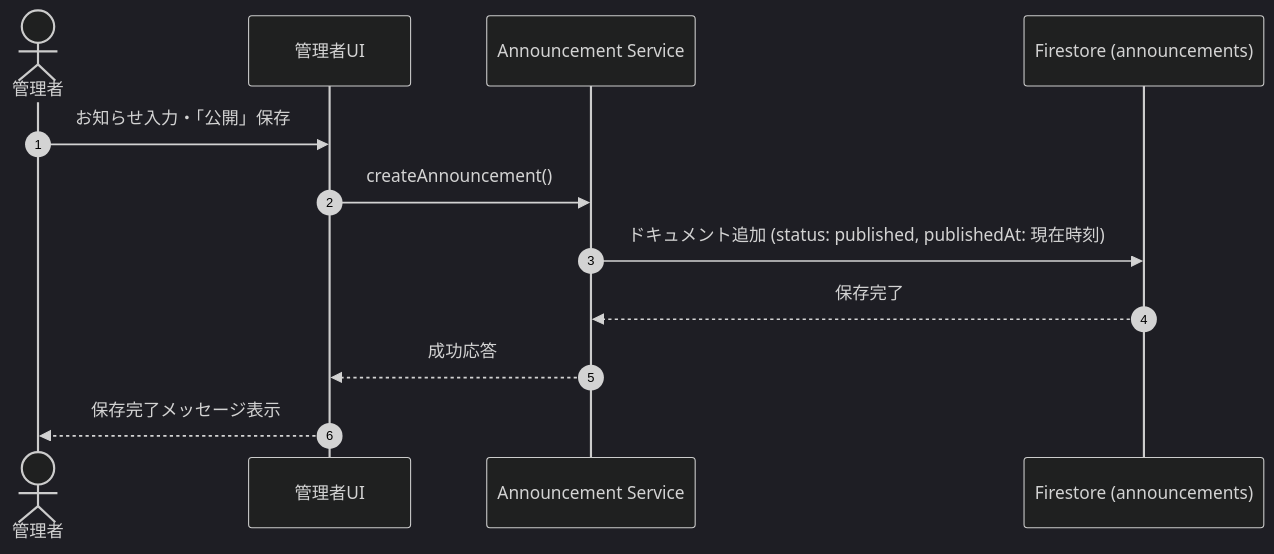
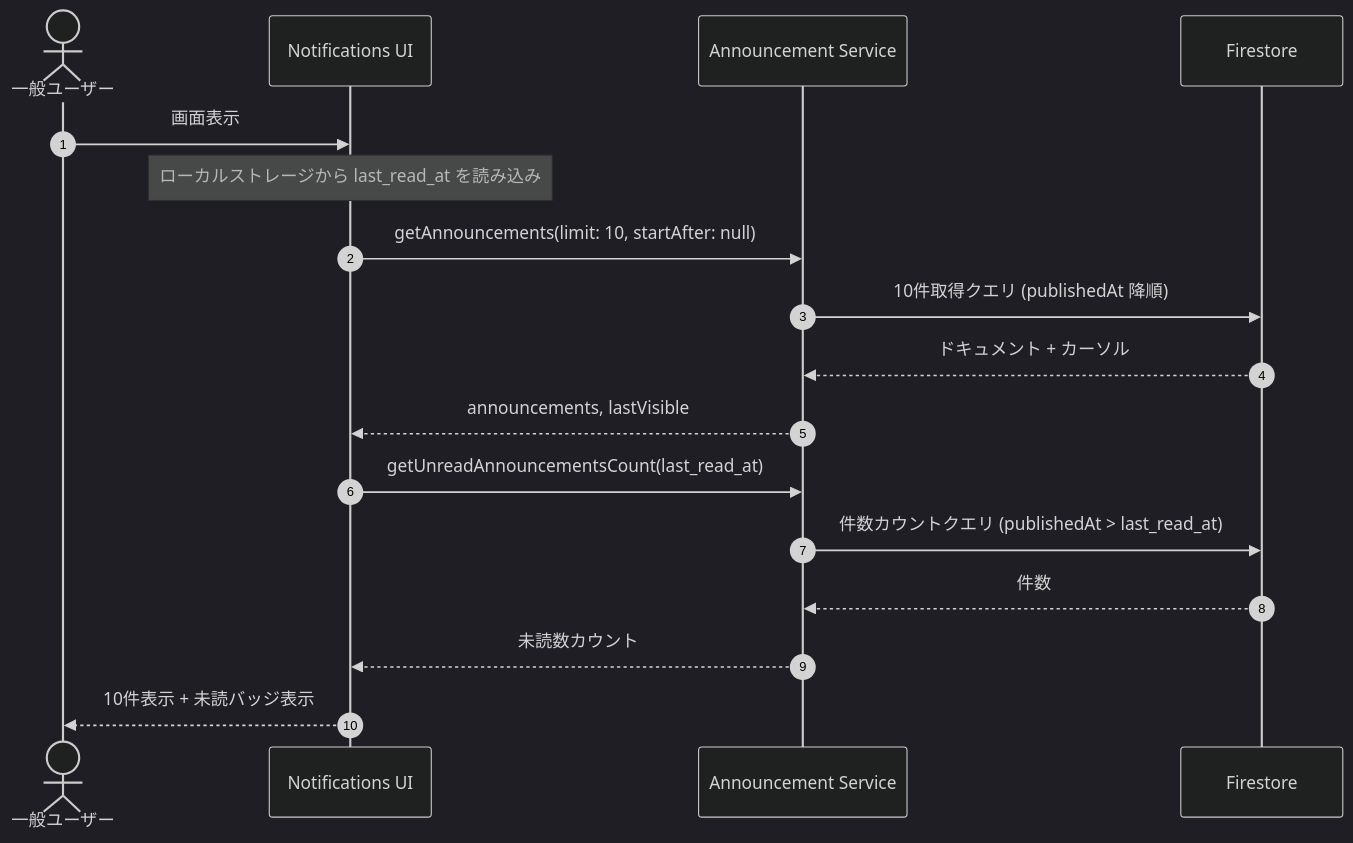
Before and after one commit to npressoworks/quizetika: the second of 2 diagrams in .kiro/specs/quizeum-announcements/design.md, drawn with Mermaid (dark theme). The commit also changed other lines of this file and 181 other files, not shown here.

````diff
--- a/.kiro/specs/quizeum-announcements/design.md
+++ b/.kiro/specs/quizeum-announcements/design.md
@@ -94,15 +111,20 @@
 ```mermaid
 sequenceDiagram
     autonumber
-    actor Admin as 管理者
-    participant AdminUI as 管理者UI
+    actor User as 一般ユーザー
+    participant UI as Notifications UI
     participant Service as Announcement Service
-    participant DB as Firestore (announcements)
+    participant DB as Firestore
 
-    Admin->>AdminUI: お知らせ入力・「公開」保存
-    AdminUI->>Service: createAnnouncement()
-    Service->>DB: ドキュメント追加 (status: published, publishedAt: 現在時刻)
-    DB-->>Service: 保存完了
-    Service-->>AdminUI: 成功応答
-    AdminUI-->>Admin: 保存完了メッセージ表示
+    User->>UI: 画面表示
+    Note over UI: ローカルストレージから last_read_at を読み込み
+    UI->>Service: getAnnouncements(limit: 10, startAfter: null)
+    Service->>DB: 10件取得クエリ (publishedAt 降順)
+    DB-->>Service: ドキュメント + カーソル
+    Service-->>UI: announcements, lastVisible
+    UI->>Service: getUnreadAnnouncementsCount(last_read_at)
+    Service->>DB: 件数カウントクエリ (publishedAt > last_read_at)
+    DB-->>Service: 件数
+    Service-->>UI: 未読数カウント
+    UI-->>User: 10件表示 + 未読バッジ表示
 ```
````
